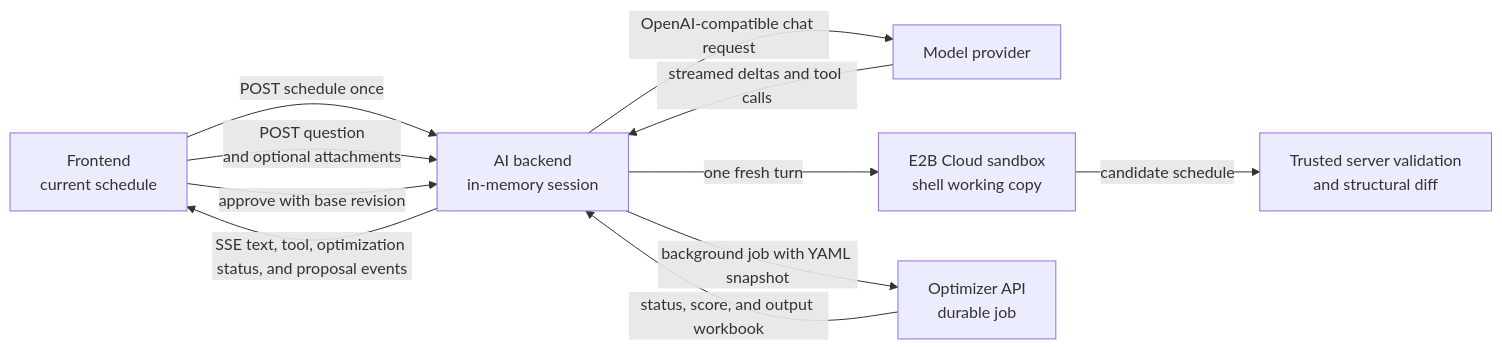
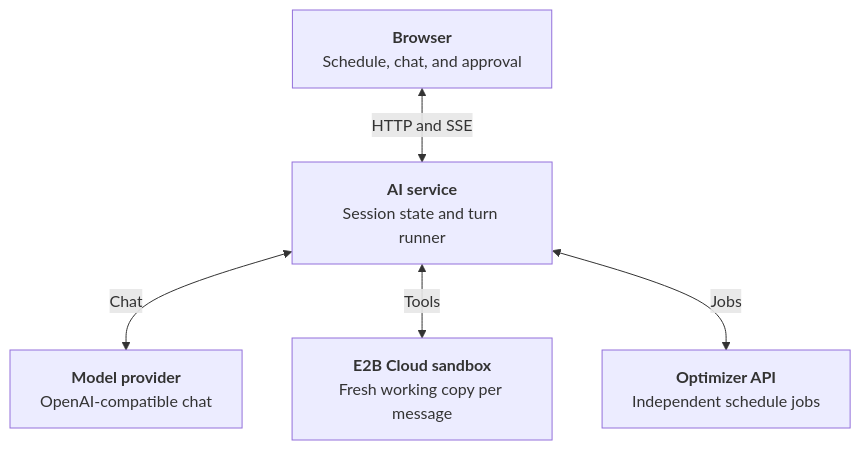
Before and after one commit to j3soon/nurse-scheduling: the first of 3 diagrams in docs/content/developer-guide/ai-assistant.md, drawn with Mermaid. The commit also changed other lines of this file and 1 other file, not shown here.

First line of the commit message:
docs: rewrite AI assistant backend guide

````diff
--- a/docs/content/developer-guide/ai-assistant.md
+++ b/docs/content/developer-guide/ai-assistant.md
@@ -19,13 +18,13 @@
 ```mermaid
-flowchart LR
-    Browser[Frontend<br/>current schedule] -->|POST schedule once| Session[AI backend<br/>in-memory session]
-    Browser -->|POST question<br/>and optional attachments| Session
-    Session -->|OpenAI-compatible chat request| Provider[Model provider]
-    Provider -->|streamed deltas and tool calls| Session
-    Session -->|one fresh turn| Sandbox[E2B Cloud sandbox<br/>shell working copy]
-    Session -->|background job with YAML snapshot| Optimizer[Optimizer API<br/>durable job]
-    Optimizer -->|status, score, and output workbook| Session
-    Sandbox -->|candidate schedule| Validation[Trusted server validation<br/>and structural diff]
-    Session -->|SSE text, tool, optimization status, and proposal events| Browser
-    Browser -->|approve with base revision| Session
+flowchart TB
+    Browser[<b>Browser</b><br/>Schedule, chat, and approval]
+    Service[<b>AI service</b><br/>Session state and turn runner]
+    Provider[<b>Model provider</b><br/>OpenAI-compatible chat]
+    Sandbox[<b>E2B Cloud sandbox</b><br/>Fresh working copy per message]
+    Optimizer[<b>Optimizer API</b><br/>Independent schedule jobs]
+
+    Browser <-->|HTTP and SSE| Service
+    Service <-->|Chat| Provider
+    Service <-->|Tools| Sandbox
+    Service <-->|Jobs| Optimizer
 ```
````
